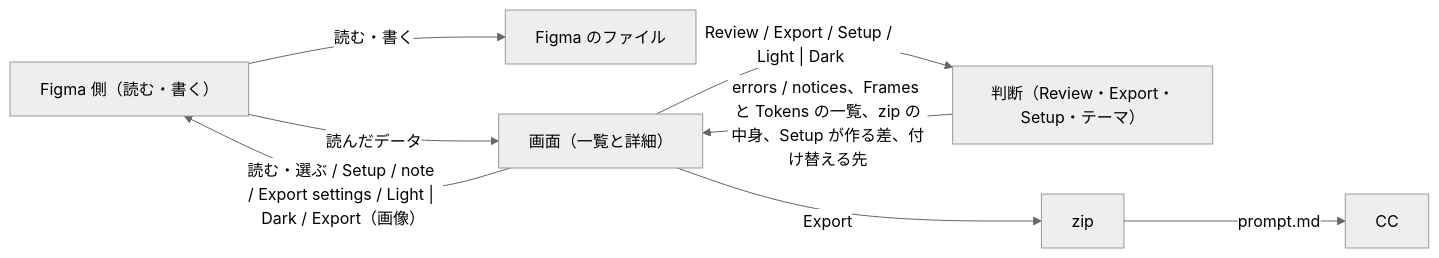
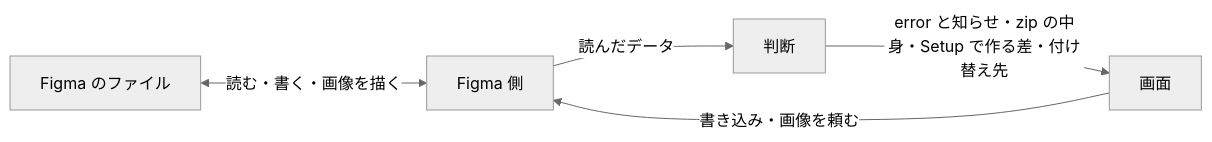
The diagram in docs/design.md (lovaizu/telldes), drawn with Mermaid (neutral theme) before and after one commit. The commit also changed other lines of this file and 3 other files, not shown here.

````diff
--- a/docs/design.md
+++ b/docs/design.md
@@ -106,11 +48,7 @@
 ```mermaid
 flowchart LR
-  file["Figma のファイル"]
-  figma["Figma 側（読む・書く）"] -- "読む・書く" --> file
-  figma -- "読んだデータ" --> ui["画面（一覧と詳細）"]
-  ui -- "読む・選ぶ / Setup / note / Export settings / Light | Dark / Export（画像）" --> figma
-  ui -- "Review / Export / Setup / Light | Dark" --> judge["判断（Review・Export・Setup・テーマ）"]
-  judge -- "errors / notices、Frames と Tokens の一覧、zip の中身、Setup が作る差、付け替える先" --> ui
-  ui -- "Export" --> zip["zip"]
-  zip -- "prompt.md" --> cc["CC"]
+  file["Figma のファイル"] <-->|"読む・書く・画像を描く"| figma["Figma 側"]
+  figma -->|"読んだデータ"| judge["判断"]
+  judge -->|"error と知らせ・zip の中身・Setup で作る差・付け替え先"| ui["画面"]
+  ui -->|"書き込み・画像を頼む"| figma
 ```
````
